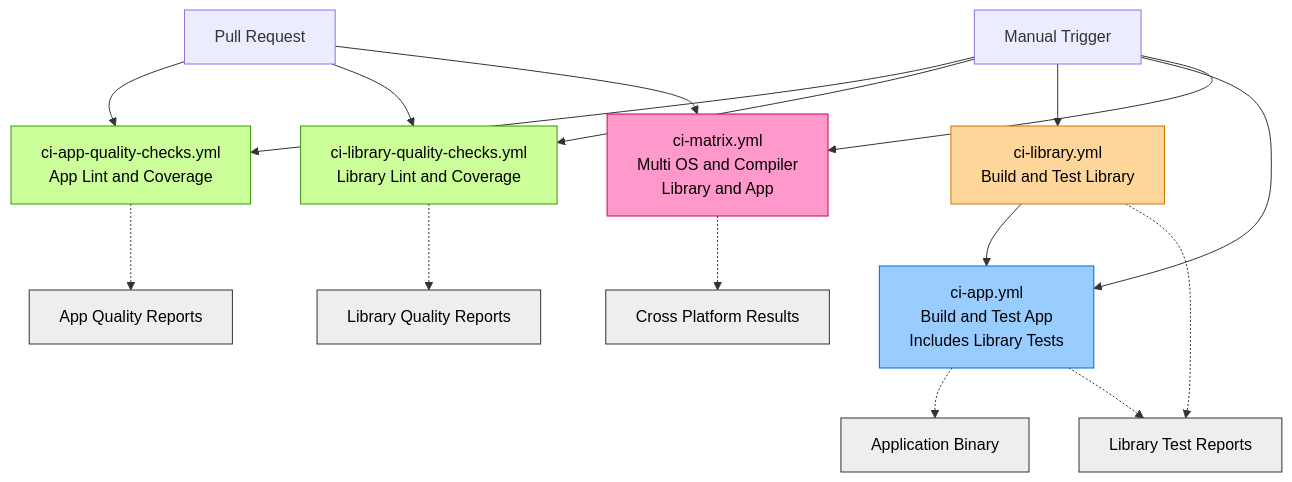
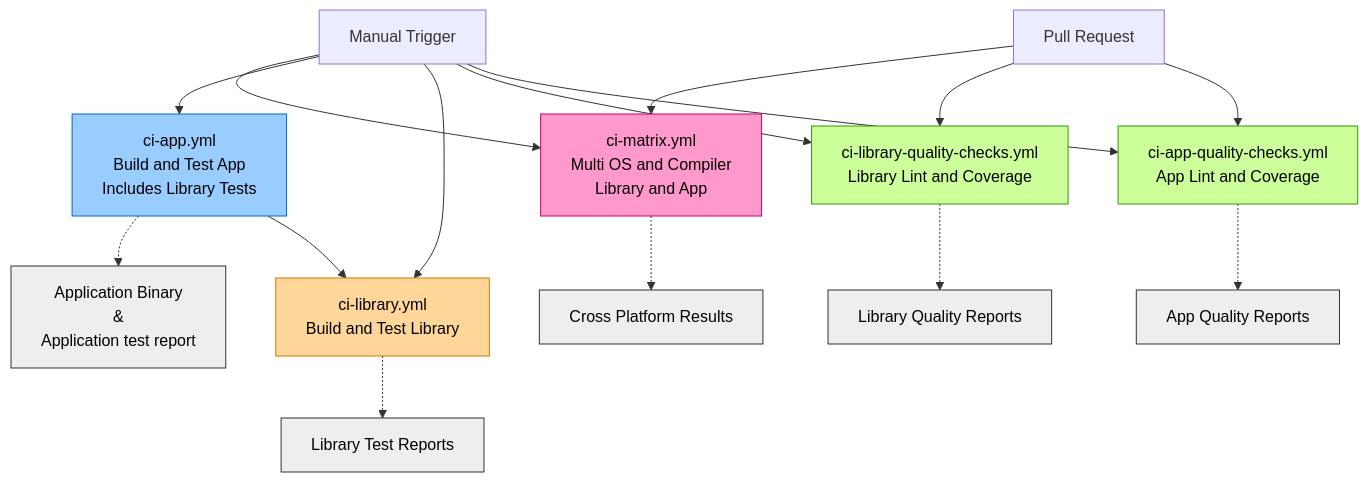
Before and after one commit to MazenAhmedDevops/github-actions-devops-ci-cd: the diagram in README.md, drawn with Mermaid. The commit also changed 2 other files, not shown here.

Commit message:
feat(ci): integrate ccache and improve caching in reusable workflows - Integrating and configuring ccache for linux, windows and macOS - Restoring FetchContent and ccache caches before configure to avoid unnecessary downloads - Updating FetchContent and ccache cache keys to include OS and compiler - Adding multi-level restore keys for graceful fallback on partial cache hits - Adding build type as an input to the reusable workflows - Explicitly ensuring Ninja generator availability across runners for unified cross-platform builds - Loading MSVC developer environment for cl builds via msvc-dev-cmd - Install packages (i.e., cmake, ccache and Ninja) only if needed for linux, windows and macOS - Updating Readme to display right dependencies

````diff
--- a/README.md
+++ b/README.md
@@ -167,56 +167,53 @@
 ```mermaid
 flowchart TD
-    %% -----------------------------
     %% Triggers
-    %% -----------------------------
     PR[Pull Request] --> AQ
     PR --> LQ
     PR --> MATRIX
 
     MANUAL[Manual Trigger] --> AQ
     MANUAL --> LQ
     MANUAL --> LIB
     MANUAL --> APP
     MANUAL --> MATRIX
 
     %% -----------------------------
     %% Quality workflows
     %% -----------------------------
-    AQ[ci-app-quality-checks.yml\nApp Lint and Coverage]:::quality
-    LQ[ci-library-quality-checks.yml\nLibrary Lint and Coverage]:::quality
+    AQ["ci-app-quality-checks.yml<br>App Lint and Coverage"]:::quality
+    LQ["ci-library-quality-checks.yml<br>Library Lint and Coverage"]:::quality
 
     %% -----------------------------
     %% Build and Test workflows
     %% -----------------------------
-    LIB[ci-library.yml\nBuild and Test Library]:::lib
-    APP[ci-app.yml\nBuild and Test App\nIncludes Library Tests]:::app
+    LIB["ci-library.yml<br>Build and Test Library"]:::lib
+    APP["ci-app.yml<br>Build and Test App<br>Includes Library Tests"]:::app
 
     %% Dependency
-    LIB --> APP
+    APP --> LIB
 
     %% -----------------------------
     %% Matrix workflow
     %% -----------------------------
-    MATRIX[ci-matrix.yml\nMulti OS and Compiler\nLibrary and App]:::matrix
+    MATRIX["ci-matrix.yml<br>Multi OS and Compiler<br>Library and App"]:::matrix
 
     %% -----------------------------
     %% Artifacts
     %% -----------------------------
-    AQ -.-> AQ_ART[App Quality Reports]:::artifact
-    LQ -.-> LQ_ART[Library Quality Reports]:::artifact
+    AQ -.-> AQ_ART["App Quality Reports"]:::artifact
+    LQ -.-> LQ_ART["Library Quality Reports"]:::artifact
 
-    LIB -.-> LIB_ART[Library Test Reports]:::artifact
-    APP -.-> APP_ART[Application Binary]:::artifact
-    APP -.-> LIB_ART
+    LIB -.-> LIB_ART["Library Test Reports"]:::artifact
+    APP -.-> APP_ART["Application Binary <br> & <br> Application test report"]:::artifact
 
-    MATRIX -.-> MATRIX_ART[Cross Platform Results]:::artifact
+    MATRIX -.-> MATRIX_ART["Cross Platform Results"]:::artifact
 
     %% -----------------------------
     %% Styling
     %% -----------------------------
     classDef lib fill:#ffd699,stroke:#cc7a00,color:#000;
     classDef app fill:#99ccff,stroke:#0066cc,color:#000;
     classDef quality fill:#ccff99,stroke:#339900,color:#000;
     classDef matrix fill:#ff99cc,stroke:#cc0066,color:#000;
     classDef artifact fill:#eeeeee,stroke:#333333,color:#000;
 ```
````
